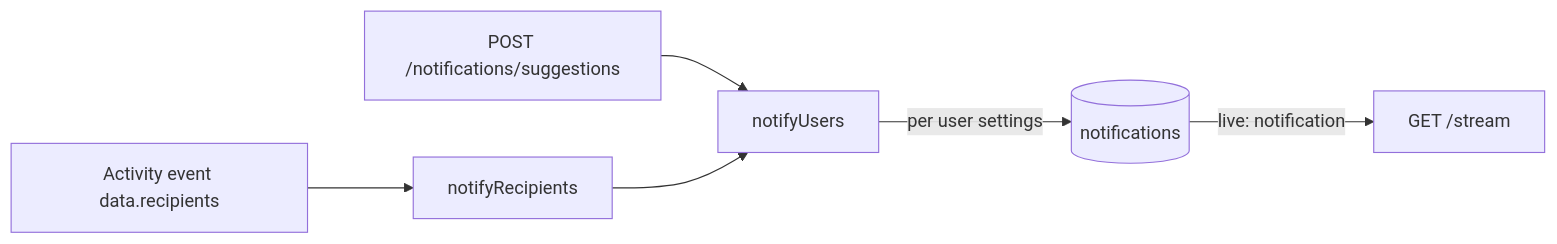
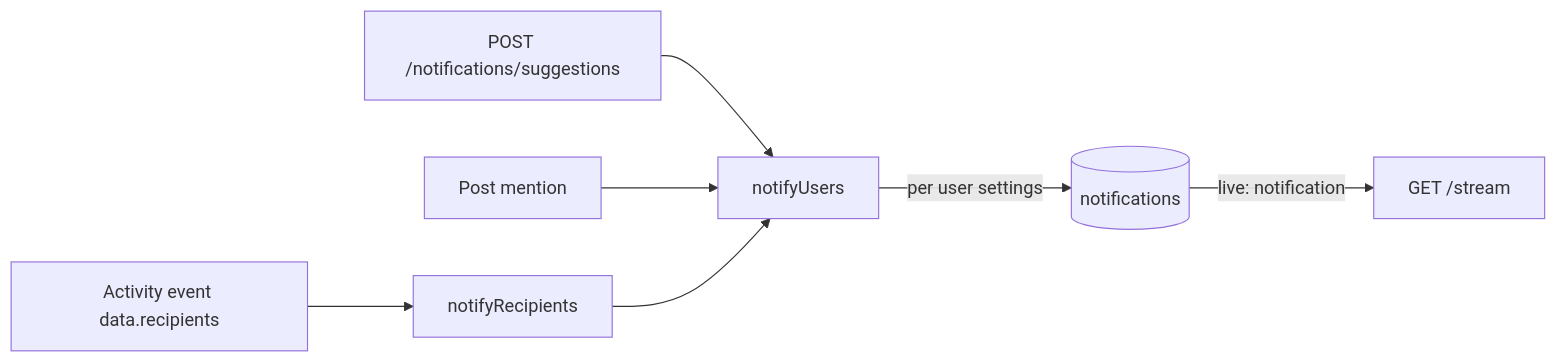
Before and after one commit to linagora/twake-space: the fourth of 5 diagrams in docs/events.md, drawn with Mermaid. The commit also changed other lines of this file and 5 other files, not shown here.

````diff
--- a/docs/events.md
+++ b/docs/events.md
@@ -315,8 +357,9 @@
 ```mermaid
 flowchart LR
   AE[Activity event data.recipients] --> NR[notifyRecipients]
   AS[POST /notifications/suggestions] --> NU[notifyUsers]
+  PM[Post mention] --> NU
   NR --> NU
   NU -->|per user settings| N[(notifications)]
   N -->|live: notification| SSE[GET /stream]
 ```
````
